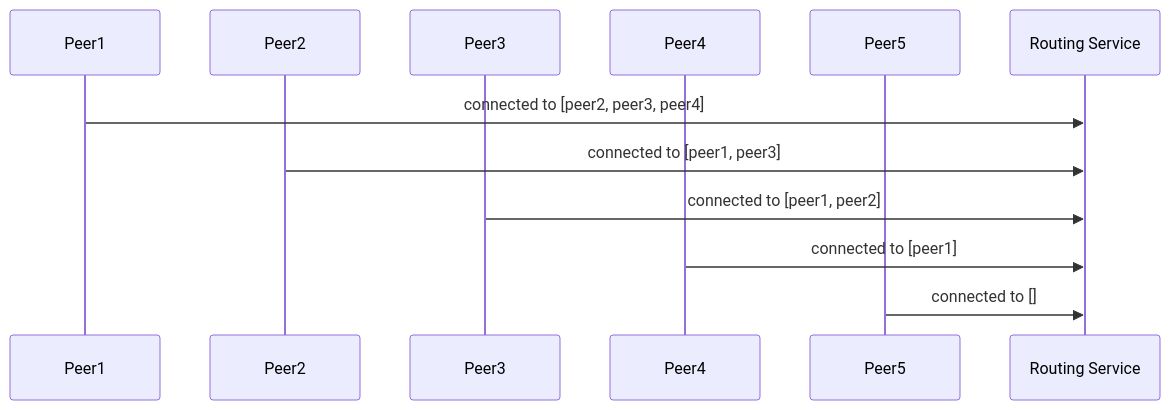
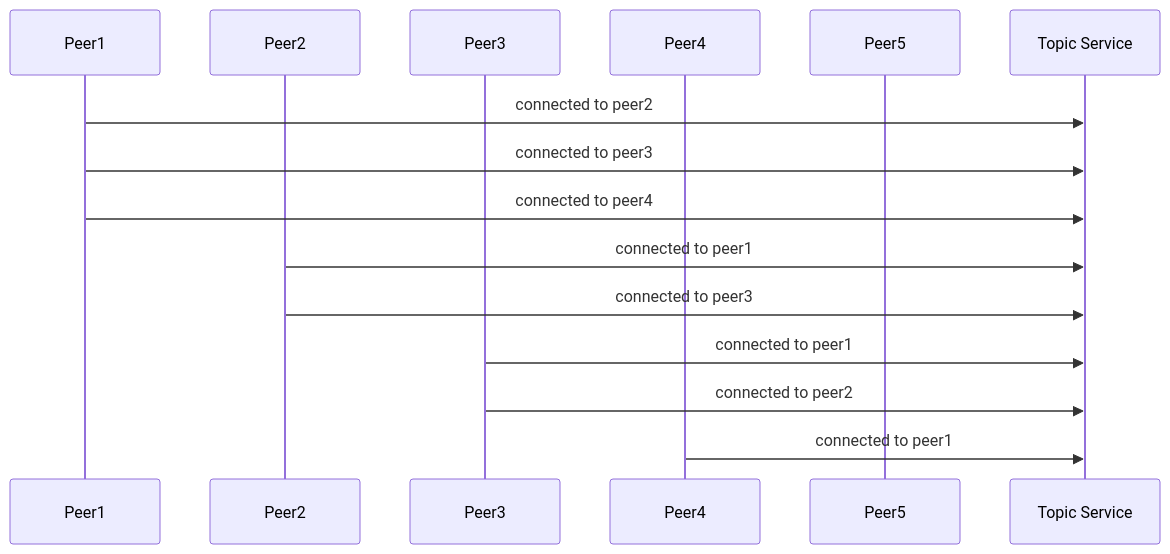
One commit to decentraland/adr changed the third of 13 diagrams in RFC/RFC-16-p2p-adapter-local-routes.md. Above: the diagram before and after it, drawn with Mermaid. The commit also changed other lines of this file, not shown here.

````diff
--- a/RFC/RFC-16-p2p-adapter-local-routes.md
+++ b/RFC/RFC-16-p2p-adapter-local-routes.md
@@ -89,15 +91,18 @@
 ```mermaid
 sequenceDiagram
     participant Peer1
     participant Peer2
     participant Peer3
     participant Peer4
     participant Peer5
-    participant RS as Routing Service
+    participant TS as Topic Service
 
-    Peer1->>RS: connected to [peer2, peer3, peer4]
-    Peer2->>RS: connected to [peer1, peer3]
-    Peer3->>RS: connected to [peer1, peer2]
-    Peer4->>RS: connected to [peer1]
-    Peer5->>RS: connected to []
+    Peer1->>TS: connected to peer2
+    Peer1->>TS: connected to peer3
+    Peer1->>TS: connected to peer4
+    Peer2->>TS: connected to peer1
+    Peer2->>TS: connected to peer3
+    Peer3->>TS: connected to peer1
+    Peer3->>TS: connected to peer2
+    Peer4->>TS: connected to peer1
 ```
````
